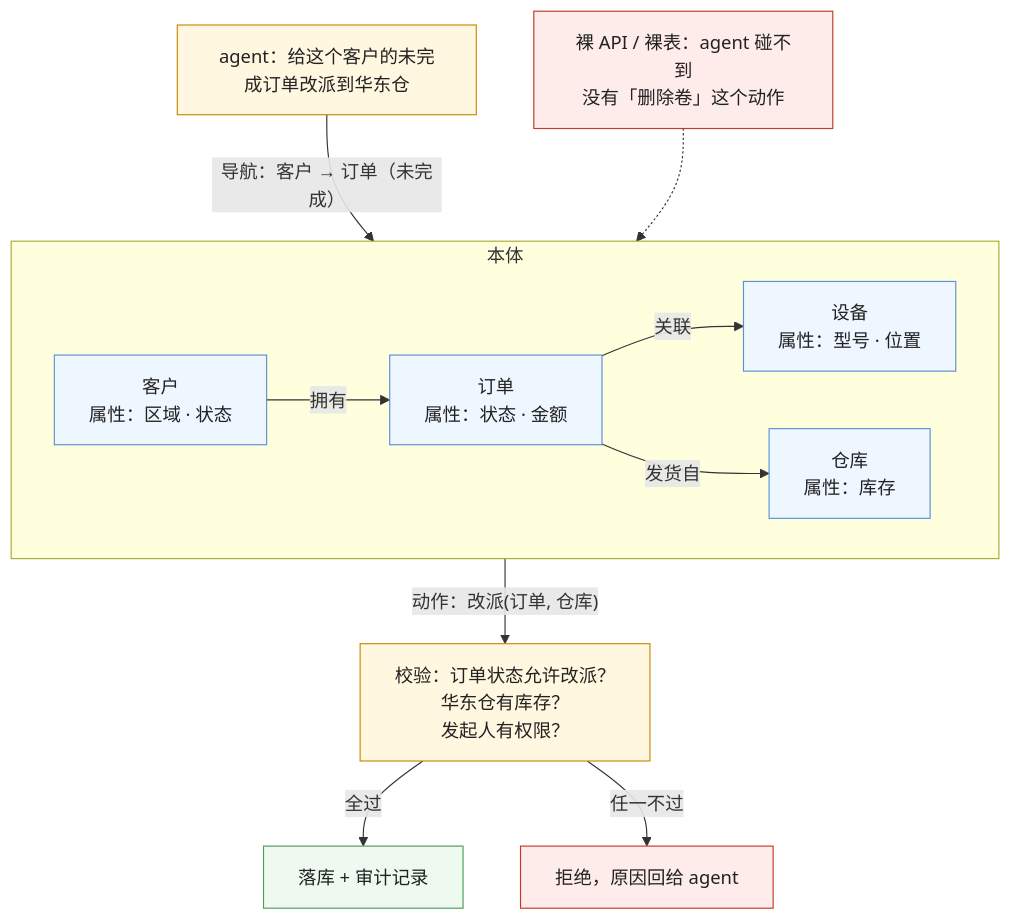
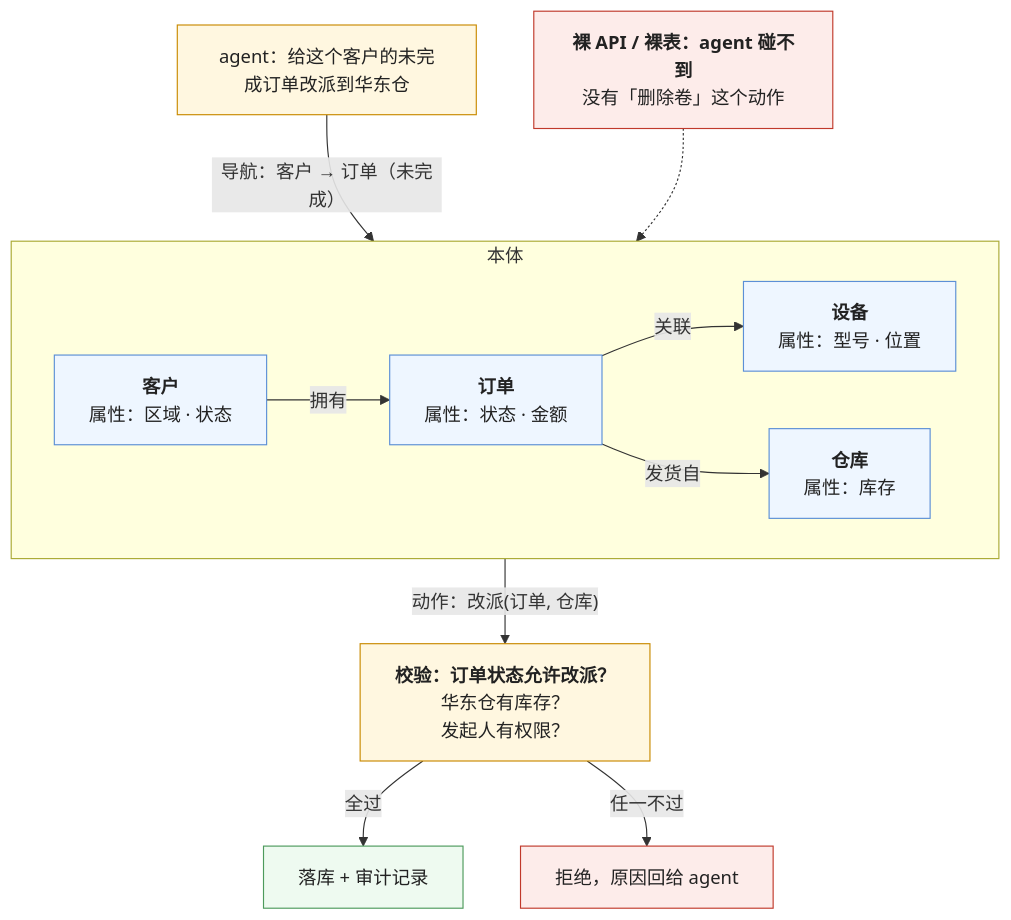
The fourth of 6 diagrams in _posts/2026-10-18-structured-knowledge-sql-ontology-and-graphrag.md (arganzheng/arganzheng.github.com), drawn with Mermaid before and after one commit. The commit also changed other lines of this file and 7 other files, not shown here.

First line of the commit message:
检索与知识接入：私域知识怎么进入模型：Mermaid 多行方框的首行标为标题（8 篇）

````diff
--- a/_posts/2026-10-18-structured-knowledge-sql-ontology-and-graphrag.md
+++ b/_posts/2026-10-18-structured-knowledge-sql-ontology-and-graphrag.md
@@ -140,23 +140,23 @@
 ```mermaid
 %% 图：本体的四样东西与它为什么是 harness——对象类型与属性、对象间的关系（沿关系导航替代 join）、每类对象允许的动作、动作的校验与权限；agent 只能通过动作改数据，「给订单 #123 改派到华东仓」要过状态允许、库存足够、发起人有权限三道校验再落库带审计；没有「删除卷」这个动作，越界在结构上就不可能
 flowchart TB
     subgraph ONT["本体"]
         direction LR
-        C["客户<br/>属性：区域 · 状态"] -->|"拥有"| O["订单<br/>属性：状态 · 金额"]
-        O -->|"关联"| D["设备<br/>属性：型号 · 位置"]
-        O -->|"发货自"| W["仓库<br/>属性：库存"]
+        C["<b>客户</b><br/>属性：区域 · 状态"] -->|"拥有"| O["<b>订单</b><br/>属性：状态 · 金额"]
+        O -->|"关联"| D["<b>设备</b><br/>属性：型号 · 位置"]
+        O -->|"发货自"| W["<b>仓库</b><br/>属性：库存"]
     end
     A["agent：给这个客户的未完成订单改派到华东仓"] -->|"导航：客户 → 订单（未完成）"| O
-    O -->|"动作：改派(订单, 仓库)"| ACT["校验：订单状态允许改派？<br/>华东仓有库存？<br/>发起人有权限？"]
+    O -->|"动作：改派(订单, 仓库)"| ACT["<b>校验：订单状态允许改派？</b><br/>华东仓有库存？<br/>发起人有权限？"]
     ACT -->|"全过"| DB["落库 + 审计记录"]
     ACT -->|"任一不过"| REJ["拒绝，原因回给 agent"]
-    N["裸 API / 裸表：agent 碰不到<br/>没有「删除卷」这个动作"] -.-> ONT
+    N["<b>裸 API / 裸表：agent 碰不到</b><br/>没有「删除卷」这个动作"] -.-> ONT
     classDef obj fill:#eef6ff,stroke:#5b8fd6,color:#222
     classDef act fill:#fff7e0,stroke:#c98a00,color:#222
     classDef ok fill:#eefaf0,stroke:#4d9a5c,color:#222
     classDef bad fill:#fdecea,stroke:#c0392b,color:#222
     class C,O,D,W obj
     class A,ACT act
     class DB ok
     class REJ,N bad
 ```
````
